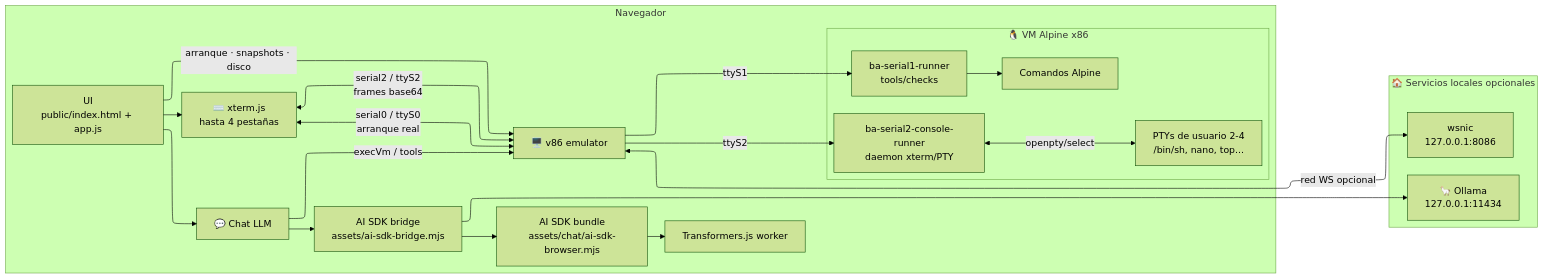
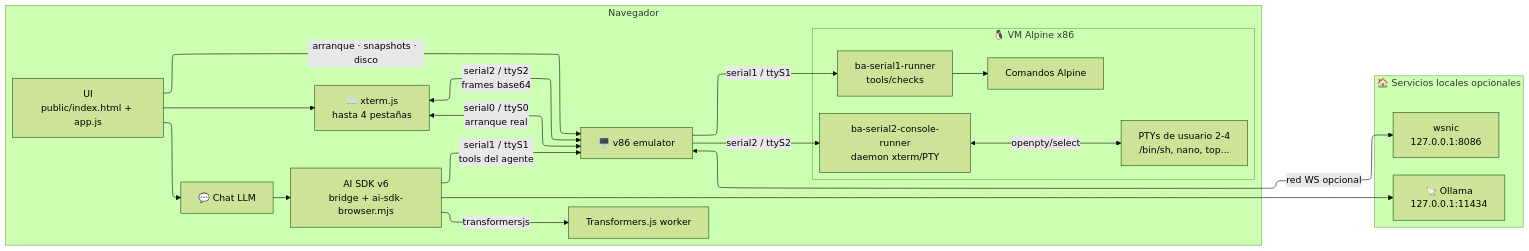
One commit to Len4m/browser-agent-v86-poc changed the diagram in docs/ARCHITECTURE.md. Above: the diagram before and after it, drawn with Mermaid (forest theme).

Commit message:
Refactor ARCHITECTURE.md to consolidate AI SDK components under a unified label and improve flowchart connections. Updated node names for clarity and enhanced visual representation of interactions between components.

````diff
--- a/docs/ARCHITECTURE.md
+++ b/docs/ARCHITECTURE.md
@@ -9,54 +9,52 @@
 ```mermaid
 ---
 config:
   layout: elk
   elk:
     nodePlacementStrategy: BRANDES_KOEPF
     considerModelOrder: NODES_AND_EDGES
 ---
 flowchart LR
   subgraph Browser["Navegador"]
     direction TB
     UI["UI<br/>public/index.html + app.js"]
     Chat["💬 Chat LLM"]
     Xterm["⌨️ xterm.js<br/>hasta 4 pestañas"]
-    Bridge["AI SDK bridge<br/>assets/ai-sdk-bridge.mjs"]
-    AiBundle["AI SDK bundle<br/>assets/chat/ai-sdk-browser.mjs"]
+    AiSdk["AI SDK v6<br/>bridge + ai-sdk-browser.mjs"]
     Worker["Transformers.js worker"]
     V86["🖥️ v86 emulator"]
 
     subgraph VM["🐧 VM Alpine x86"]
       direction TB
       S1["ba-serial1-runner<br/>tools/checks"]
       S2["ba-serial2-console-runner<br/>daemon xterm/PTY"]
       PTY["PTYs de usuario 2-4<br/>/bin/sh, nano, top..."]
       Tools["Comandos Alpine"]
     end
   end
 
   subgraph Local["🏠 Servicios locales opcionales"]
     direction TB
     Ollama["🦙 Ollama<br/>127.0.0.1:11434"]
     Wsnic["wsnic<br/>127.0.0.1:8086"]
   end
 
   UI --> Chat
   UI --> Xterm
   UI -->|"arranque · snapshots · disco"| V86
 
-  Chat --> Bridge
-  Bridge --> AiBundle
-  AiBundle --> Worker
-  Bridge --> Ollama
+  Chat --> AiSdk
+  AiSdk -->|"transformersjs"| Worker
+  AiSdk --> Ollama
+  AiSdk -->|"serial1 / ttyS1<br/>tools del agente"| V86
 
-  Chat -->|"execVm / tools"| V86
   Xterm <-->|"serial0 / ttyS0<br/>arranque real"| V86
   Xterm <-->|"serial2 / ttyS2<br/>frames base64"| V86
 
-  V86 -->|"ttyS1"| S1
+  V86 -->|"serial1 / ttyS1"| S1
   S1 --> Tools
-  V86 -->|"ttyS2"| S2
+  V86 -->|"serial2 / ttyS2"| S2
   S2 <-->|"openpty/select"| PTY
 
   V86 <-->|"red WS opcional"| Wsnic
 ```
````
